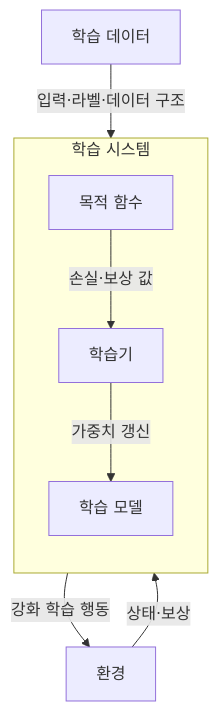
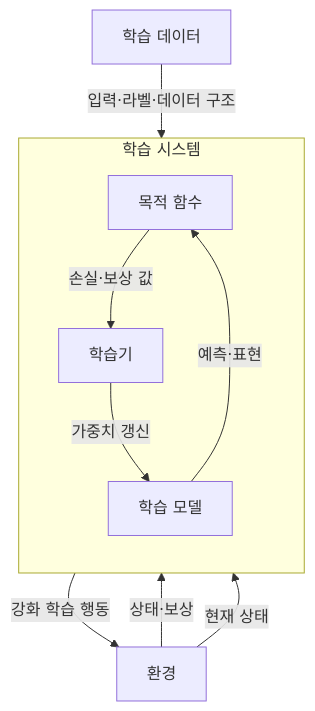
Before and after one commit to agnusdei1207/knowledge-base: the first of 2 diagrams in src/content/docs/notes/01-basic-theory/048_learning_paradigms.md, drawn with Mermaid. The commit also changed other lines of this file and 19 other files, not shown here.

````diff
--- a/src/content/docs/notes/01-basic-theory/048_learning_paradigms.md
+++ b/src/content/docs/notes/01-basic-theory/048_learning_paradigms.md
@@ -61,16 +63,18 @@
 ```mermaid
 flowchart TB
     D[학습 데이터]
     E[환경]
     subgraph L[학습 시스템]
         direction TB
         O[목적 함수]
         T[학습기]
         M[학습 모델]
         O -->|손실·보상 값| T
         T -->|가중치 갱신| M
     end
     D -->|입력·라벨·데이터 구조| O
     E -->|상태·보상| O
+    E -->|현재 상태| M
+    M -->|예측·표현| O
     M -->|강화 학습 행동| E
 ```
````
